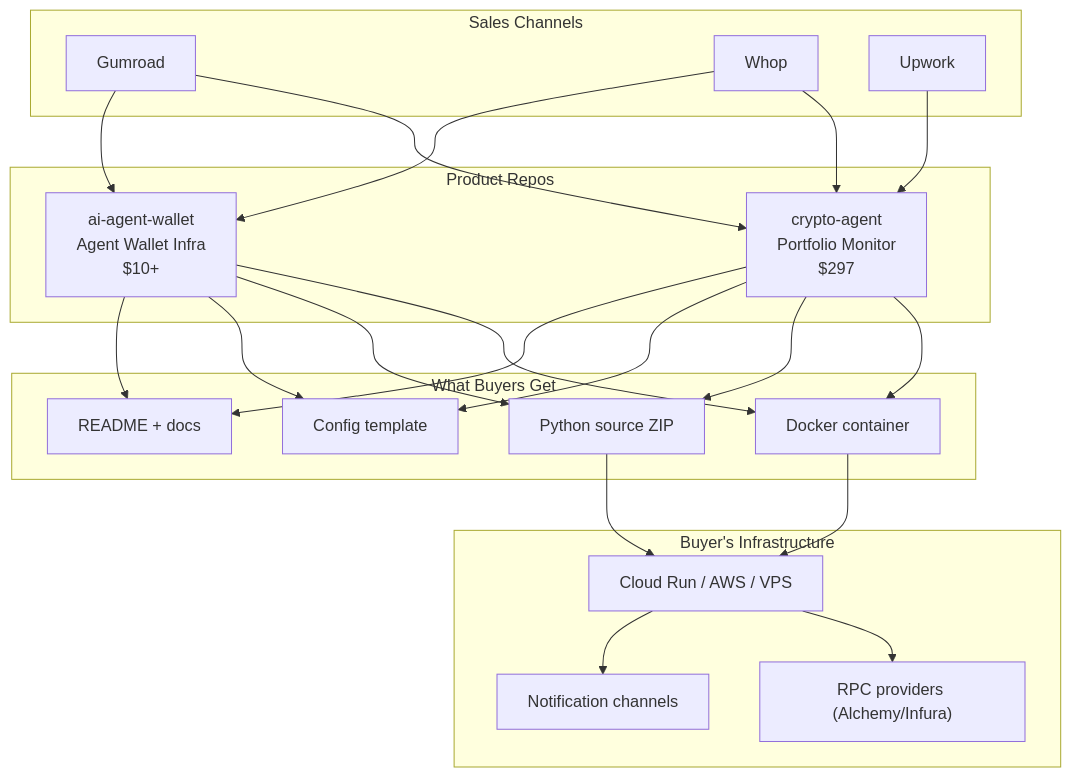
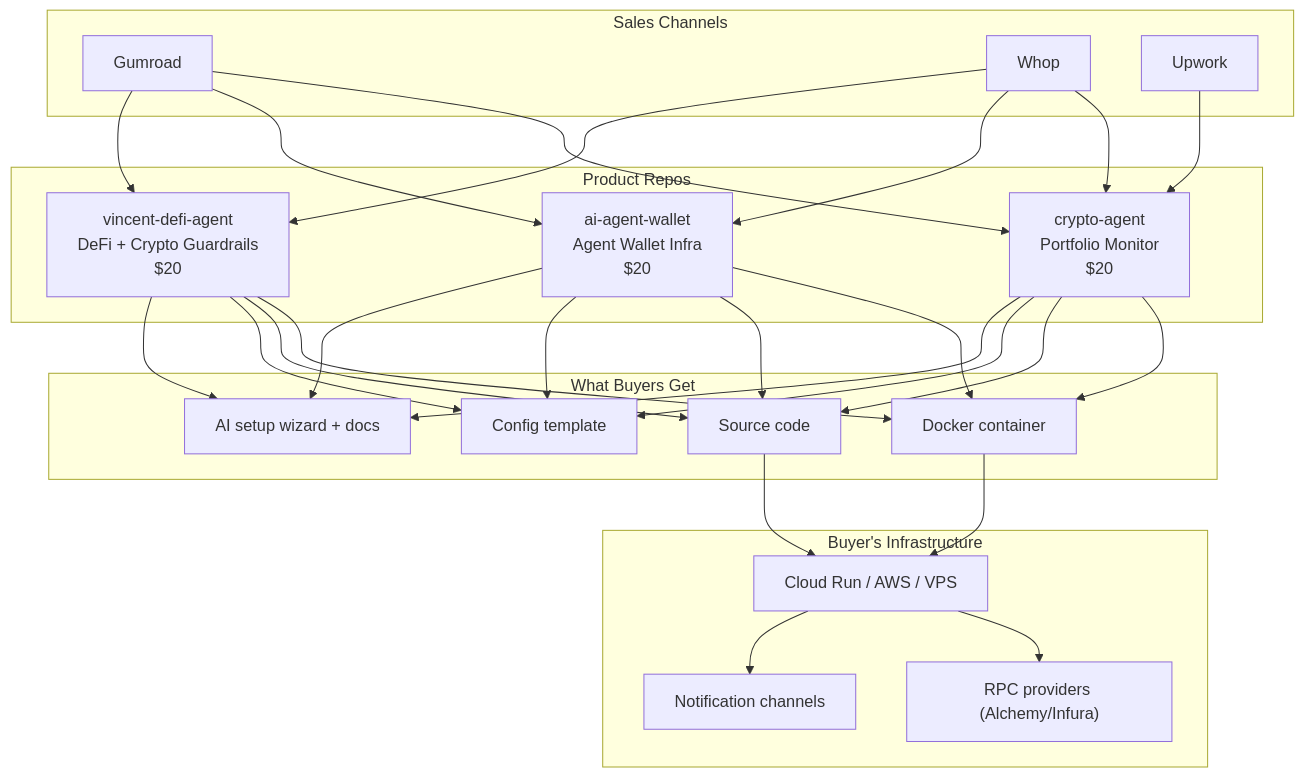
Before and after one commit to intent-solutions-io/products-workspace: the diagram in README.md, drawn with Mermaid. The commit also changed other lines of this file, not shown here.

First line of the commit message:
docs: update README with correct prices, add Vincent, fix sales channel status

````diff
--- a/README.md
+++ b/README.md
@@ -16,37 +19,35 @@
 ```mermaid
 flowchart TB
     subgraph Marketplaces["Sales Channels"]
         GR[Gumroad]
         WH[Whop]
         UW[Upwork]
     end
 
     subgraph Products["Product Repos"]
-        CA["crypto-agent<br/>Portfolio Monitor<br/>$297"]
-        AW["ai-agent-wallet<br/>Agent Wallet Infra<br/>$10+"]
+        CA["crypto-agent<br/>Portfolio Monitor<br/>$20"]
+        AW["ai-agent-wallet<br/>Agent Wallet Infra<br/>$20"]
+        VD["vincent-defi-agent<br/>DeFi + Crypto Guardrails<br/>$20"]
     end
 
     subgraph Deliverables["What Buyers Get"]
         D1["Docker container"]
-        D2["Python source ZIP"]
+        D2["Source code"]
         D3["Config template"]
-        D4["README + docs"]
+        D4["AI setup wizard + docs"]
     end
 
     subgraph Buyer["Buyer's Infrastructure"]
         B1["Cloud Run / AWS / VPS"]
         B2["RPC providers (Alchemy/Infura)"]
         B3["Notification channels"]
     end
 
-    GR --> CA
-    GR --> AW
-    WH --> CA
-    WH --> AW
+    GR --> CA & AW & VD
+    WH --> CA & AW & VD
     UW --> CA
 
-    CA --> D1 & D2 & D3 & D4
-    AW --> D1 & D2 & D3 & D4
+    CA & AW & VD --> D1 & D2 & D3 & D4
     D1 & D2 --> B1
     B1 --> B2 & B3
 ```
````
